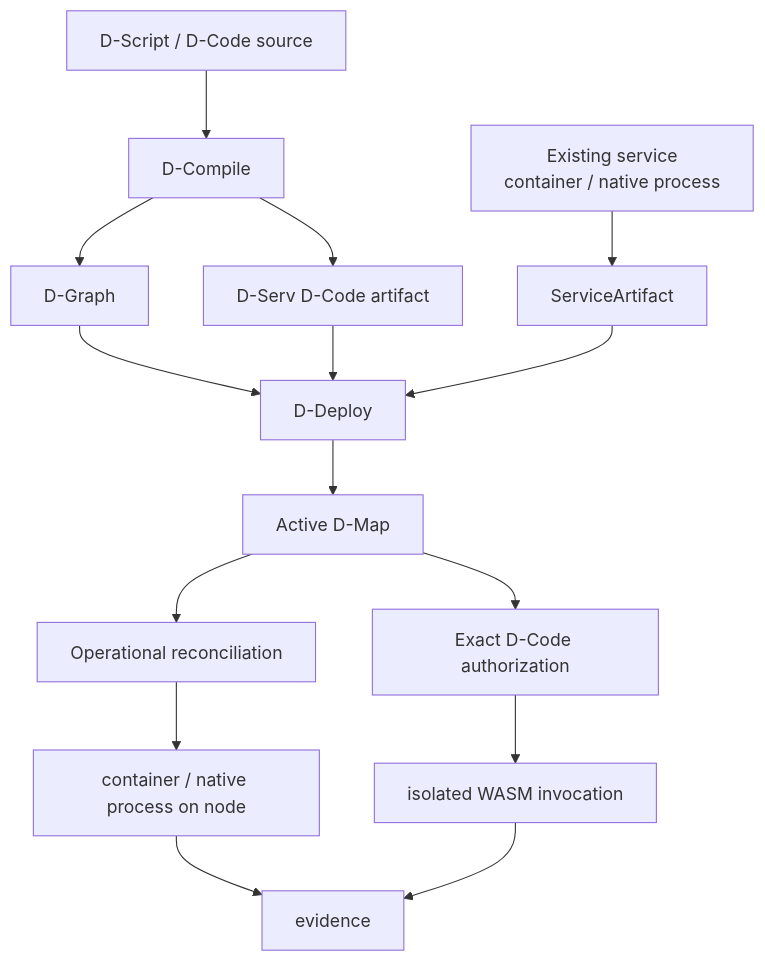
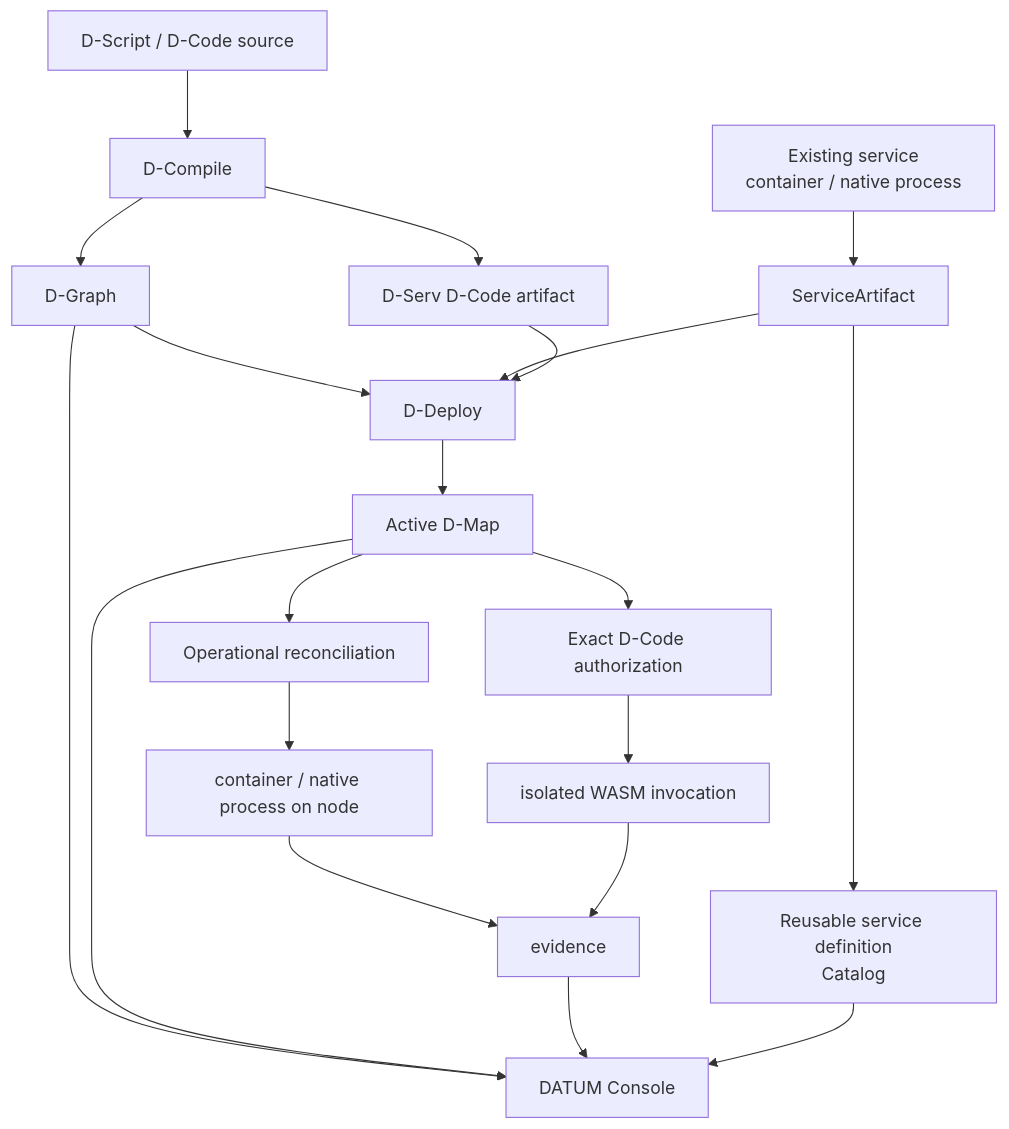
Before and after one commit to dnredson/datum-docs: the diagram in docs/index.md, drawn with Mermaid. The commit also changed other lines of this file and 15 other files, not shown here.

Commit message:
docs: document DATUM Console and service catalog

````diff
--- a/docs/index.md
+++ b/docs/index.md
@@ -12,17 +12,22 @@
 ```mermaid
 flowchart TB
     DS["D-Script / D-Code source"] --> DC["D-Compile"]
     DC --> DG["D-Graph"]
     DC --> DA["D-Serv D-Code artifact"]
     SW["Existing service\ncontainer / native process"] --> SA["ServiceArtifact"]
+    SA --> CAT["Reusable service definition\nCatalog"]
     DG --> DD["D-Deploy"]
     SA --> DD
     DA --> DD
     DD --> DM["Active D-Map"]
     DM --> OP["Operational reconciliation"]
     DM --> CODE["Exact D-Code authorization"]
     OP --> NODE["container / native process on node"]
     CODE --> NODE2["isolated WASM invocation"]
     NODE --> EV["evidence"]
     NODE2 --> EV
+    DG --> UI["DATUM Console"]
+    DM --> UI
+    EV --> UI
+    CAT --> UI
 ```
````
